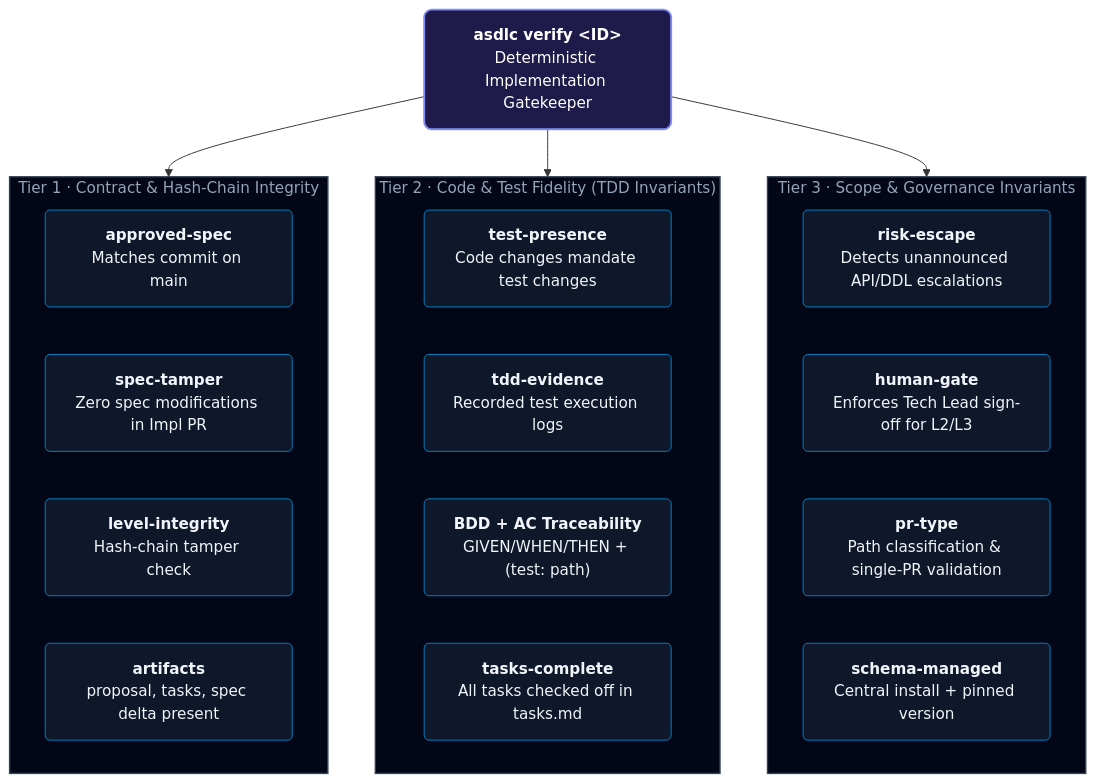
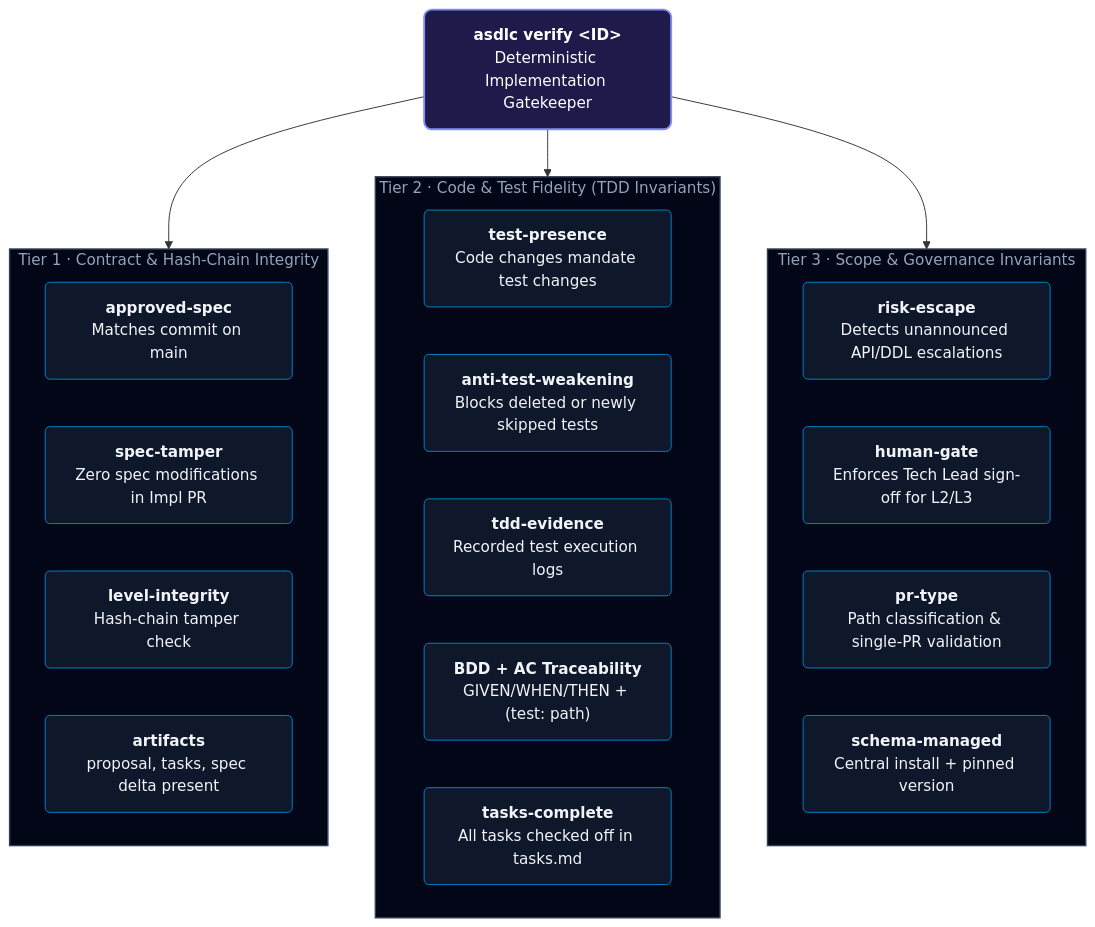
The second of 2 diagrams in README.md (akjamie/agentic-sdlc), drawn with Mermaid before and after one commit. The commit also changed other lines of this file and 23 other files, not shown here.

First line of the commit message:
feat(release): v1.10.0 - anti-test-weakening, multi-source intake, stack onboarding & PR triage (#44)

````diff
--- a/README.md
+++ b/README.md
@@ -306,37 +307,38 @@
 ```mermaid
 flowchart TD
     V["<b>asdlc verify &lt;ID&gt;</b><br/>Deterministic Implementation Gatekeeper"]
 
     subgraph TIER1 ["Tier 1 · Contract & Hash-Chain Integrity"]
         G_APPROVED["<b>approved-spec</b><br/>Matches commit on main"]
         G_TAMPER["<b>spec-tamper</b><br/>Zero spec modifications in Impl PR"]
         G_LEVEL["<b>level-integrity</b><br/>Hash-chain tamper check"]
         G_ARTIFACTS["<b>artifacts</b><br/>proposal, tasks, spec delta present"]
     end
 
     subgraph TIER2 ["Tier 2 · Code & Test Fidelity (TDD Invariants)"]
         G_PRESENCE["<b>test-presence</b><br/>Code changes mandate test changes"]
+        G_WEAKEN["<b>anti-test-weakening</b><br/>Blocks deleted or newly skipped tests"]
         G_TDD["<b>tdd-evidence</b><br/>Recorded test execution logs"]
         G_BDD["<b>BDD + AC Traceability</b><br/>GIVEN/WHEN/THEN + (test: path)"]
         G_TASKS["<b>tasks-complete</b><br/>All tasks checked off in tasks.md"]
     end
 
     subgraph TIER3 ["Tier 3 · Scope & Governance Invariants"]
         G_ESCAPE["<b>risk-escape</b><br/>Detects unannounced API/DDL escalations"]
         G_HUMAN["<b>human-gate</b><br/>Enforces Tech Lead sign-off for L2/L3"]
         G_PR["<b>pr-type</b><br/>Path classification & single-PR validation"]
         G_SCHEMA["<b>schema-managed</b><br/>Central install + pinned version"]
     end
 
     V --> TIER1
     V --> TIER2
     V --> TIER3
 
     classDef rootStyle fill:#1e1b4b,stroke:#818cf8,stroke-width:2px,color:#ffffff,rx:8px,ry:8px;
     classDef tierStyle fill:#020617,stroke:#334155,stroke-width:1.5px,color:#94a3b8;
     classDef gateStyle fill:#0f172a,stroke:#0284c7,stroke-width:1px,color:#f1f5f9,rx:5px,ry:5px;
 
     class V rootStyle;
     class TIER1,TIER2,TIER3 tierStyle;
-    class G_APPROVED,G_TAMPER,G_LEVEL,G_ARTIFACTS,G_PRESENCE,G_TDD,G_BDD,G_TASKS,G_ESCAPE,G_HUMAN,G_PR,G_SCHEMA gateStyle;
+    class G_APPROVED,G_TAMPER,G_LEVEL,G_ARTIFACTS,G_PRESENCE,G_WEAKEN,G_TDD,G_BDD,G_TASKS,G_ESCAPE,G_HUMAN,G_PR,G_SCHEMA gateStyle;
 ```
````
